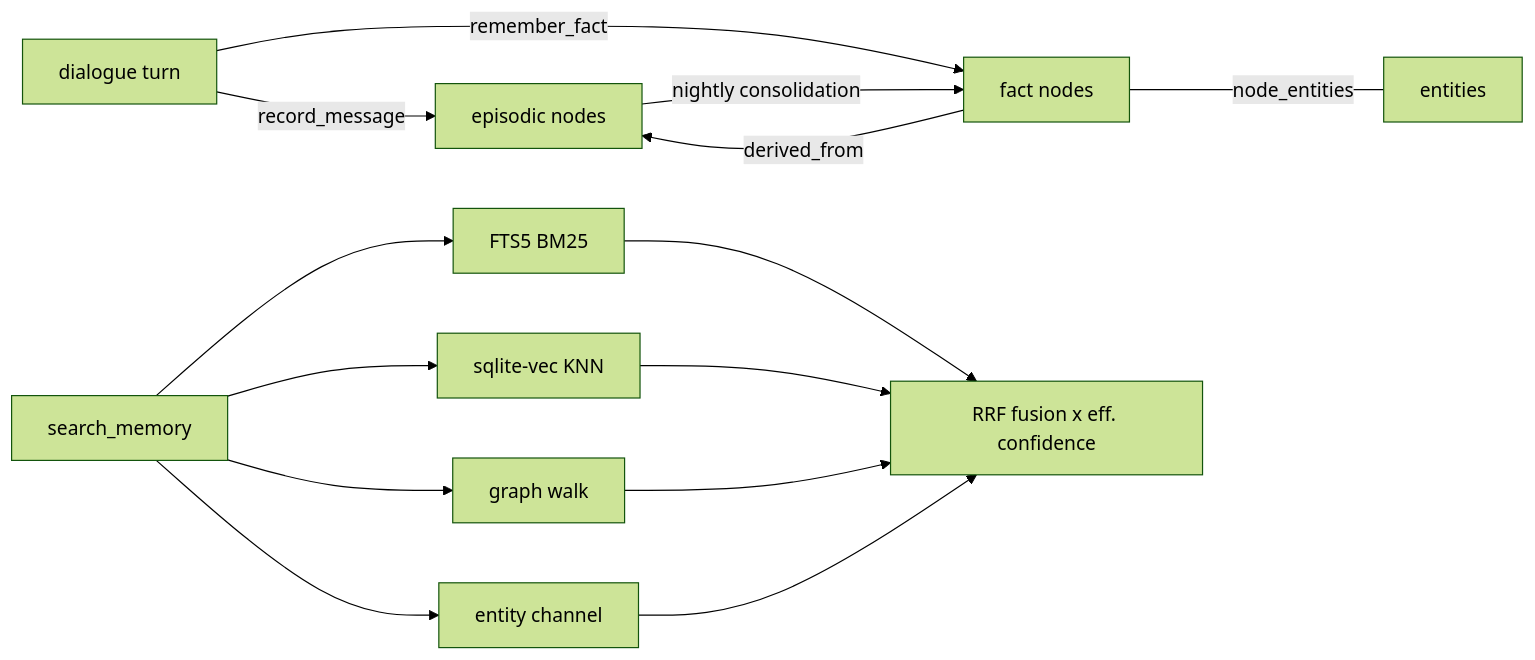
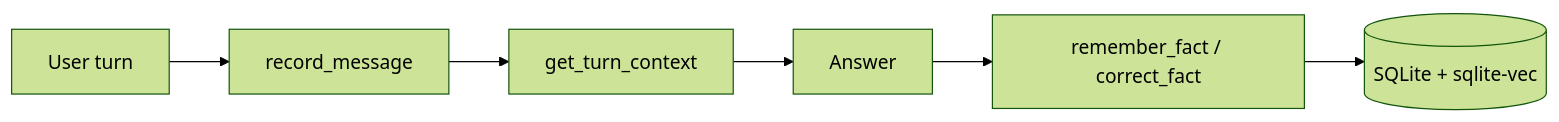
The first of 2 diagrams in README.md (evrelse12/memory-mcp-server), drawn with Mermaid (forest theme) before and after one commit. The commit also changed other lines of this file and 13 other files, not shown here.

````diff
--- a/README.md
+++ b/README.md
@@ -31,13 +92,8 @@
 ```mermaid
 flowchart LR
-  U[dialogue turn] -->|record_message| E[episodic nodes]
-  U -->|remember_fact| F[fact nodes]
-  E -->|nightly consolidation| F
-  F -->|derived_from| E
-  F ---|node_entities| N[entities]
-  Q[search_memory] --> FTS[FTS5 BM25]
-  Q --> VEC[sqlite-vec KNN]
-  Q --> GR[graph walk]
-  Q --> ENT[entity channel]
-  FTS & VEC & GR & ENT --> RRF[RRF fusion x eff. confidence]
+  U[User turn] --> R[record_message]
+  R --> C[get_turn_context]
+  C --> A[Answer]
+  A --> S[remember_fact / correct_fact]
+  S --> DB[(SQLite + sqlite-vec)]
 ```
````
